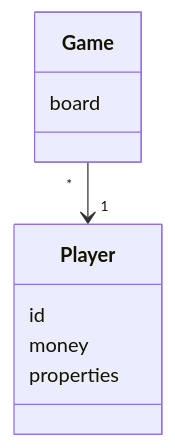
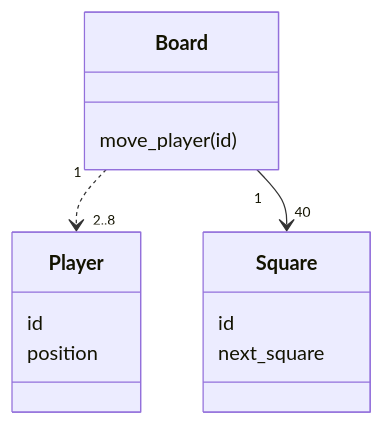
One commit to Gaberol/ot-harjoitustyo changed the diagram in laskarit/viikko3/monopoli.md. Above: the diagram before and after it, drawn with Mermaid.

````diff
--- a/laskarit/viikko3/monopoli.md
+++ b/laskarit/viikko3/monopoli.md
@@ -1,12 +1,16 @@
 ```mermaid
  classDiagram
-      Game "*" --> "1" Player
-      class Game{
-          board
-      }
-      class Player{
-          id
-          money
-          properties
-      }
+ Board "1" ..> "2..8" Player
+ Board "1" --> "40" Square
+ class Board{
+     move_player(id)
+ }
+ class Player{
+     id
+     position
+ }
+ class Square{
+     id
+     next_square
+ }
 ```
````
